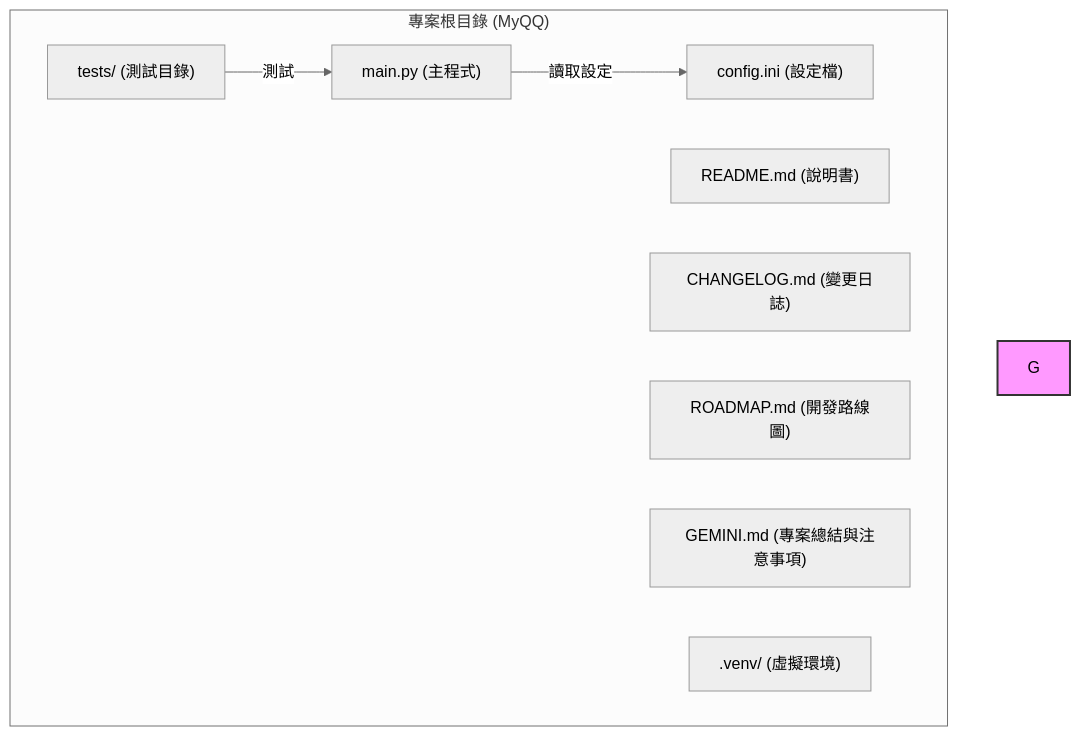
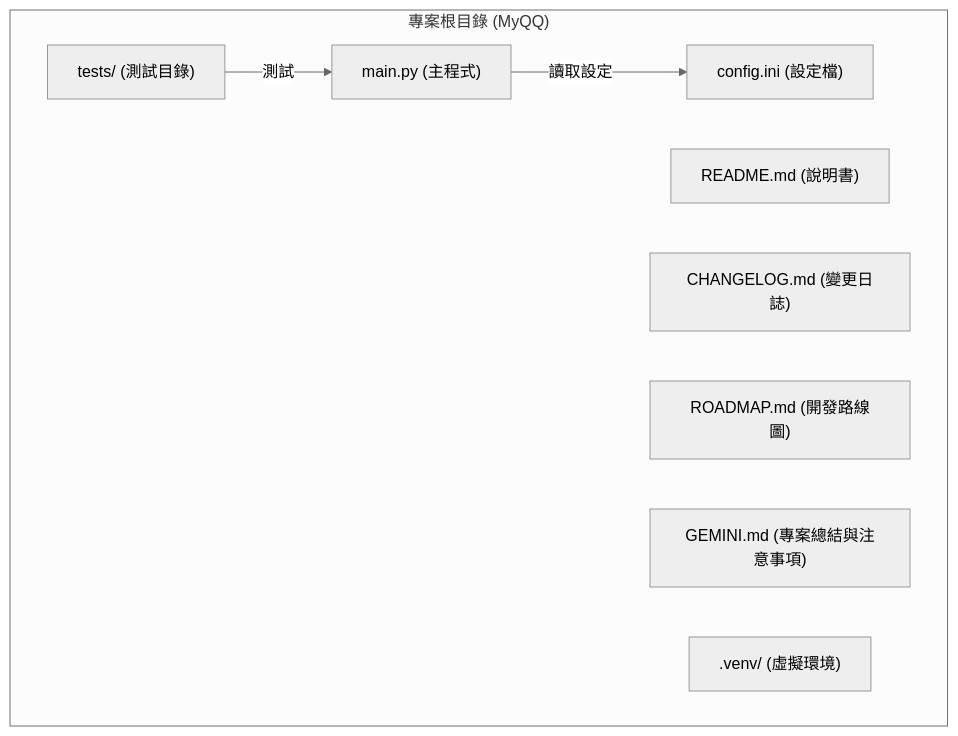
Before and after one commit to ChingHaoHuang/Network_Switcher: the first of 2 diagrams in README.md, drawn with Mermaid (neutral theme).

Commit message:
fix: 修正 README.md 中 Mermaid 圖表渲染問題

````diff
--- a/README.md
+++ b/README.md
@@ -14,18 +14,17 @@
 ```mermaid
 graph TD
     subgraph "專案根目錄 (MyQQ)"
         A["main.py (主程式)"]
         B["config.ini (設定檔)"]
         C["tests/ (測試目錄)"]
         D["README.md (說明書)"]
         E["CHANGELOG.md (變更日誌)"]
         F["ROADMAP.md (開發路線圖)"]
         H["GEMINI.md (專案總結與注意事項)"]
         I[".venv/ (虛擬環境)"]
     end
 
     A -- "讀取設定" --> B
     C -- "測試" --> A
 
-    style G fill:#f9f,stroke:#333,stroke-width:2px
 ```
````
